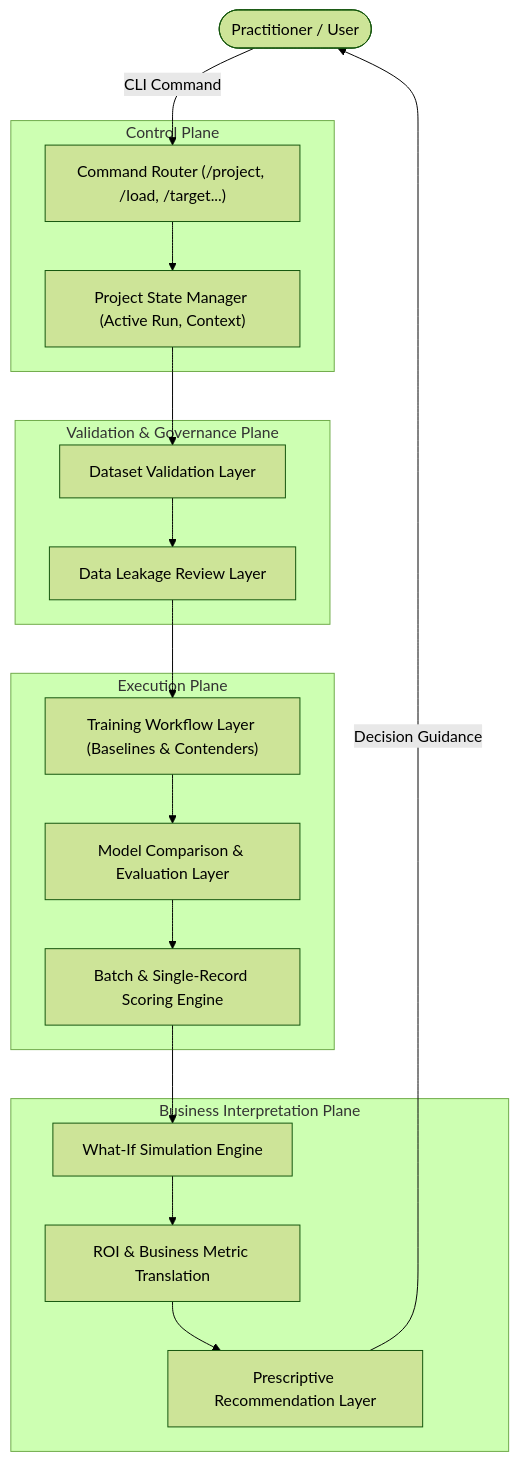
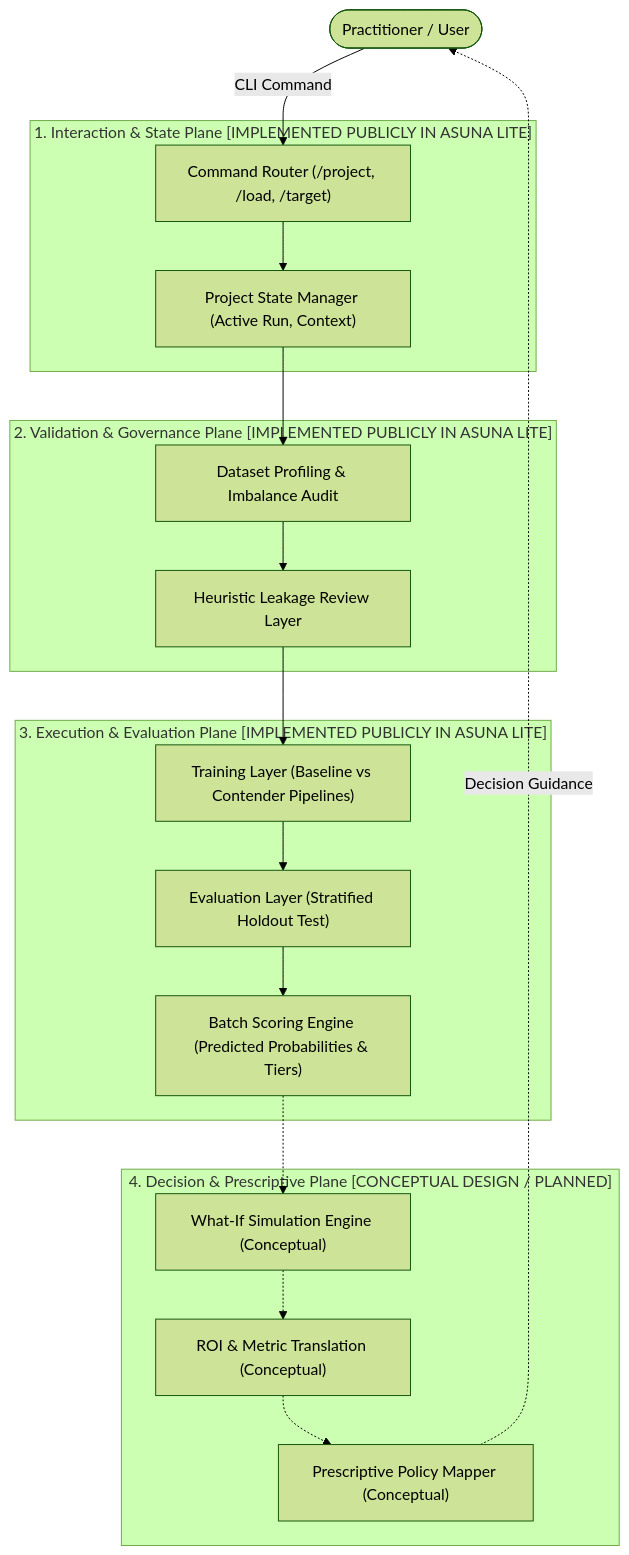
One commit to DanteBurbano27/asuna-ml-agent changed the diagram in docs/architecture.md. Above: the diagram before and after it, drawn with Mermaid (forest theme). The commit also changed other lines of this file and 6 other files, not shown here.

Commit message:
fix: align architecture claims with implementation, add numpy dependency and CI workflow

````diff
--- a/docs/architecture.md
+++ b/docs/architecture.md
@@ -9,38 +9,38 @@
 ```mermaid
 flowchart TD
     User([Practitioner / User])
     
-    subgraph ControlPlane["Control Plane"]
-        Router["Command Router (/project, /load, /target...)"]
+    subgraph Layer1["1. Interaction & State Plane [IMPLEMENTED PUBLICLY IN ASUNA LITE]"]
+        Router["Command Router (/project, /load, /target)"]
         StateMgr["Project State Manager (Active Run, Context)"]
     end
     
-    subgraph ValidationPlane["Validation & Governance Plane"]
-        DataVal["Dataset Validation Layer"]
-        LeakageCheck["Data Leakage Review Layer"]
+    subgraph Layer2["2. Validation & Governance Plane [IMPLEMENTED PUBLICLY IN ASUNA LITE]"]
+        DataVal["Dataset Profiling & Imbalance Audit"]
+        LeakageCheck["Heuristic Leakage Review Layer"]
     end
     
-    subgraph ExecutionPlane["Execution Plane"]
-        Trainer["Training Workflow Layer (Baselines & Contenders)"]
-        Comparator["Model Comparison & Evaluation Layer"]
-        Scorer["Batch & Single-Record Scoring Engine"]
+    subgraph Layer3["3. Execution & Evaluation Plane [IMPLEMENTED PUBLICLY IN ASUNA LITE]"]
+        Trainer["Training Layer (Baseline vs Contender Pipelines)"]
+        Comparator["Evaluation Layer (Stratified Holdout Test)"]
+        Scorer["Batch Scoring Engine (Predicted Probabilities & Tiers)"]
     end
     
-    subgraph BusinessPlane["Business Interpretation Plane"]
-        WhatIf["What-If Simulation Engine"]
-        ROI["ROI & Business Metric Translation"]
-        Prescriber["Prescriptive Recommendation Layer"]
+    subgraph Layer4["4. Decision & Prescriptive Plane [CONCEPTUAL DESIGN / PLANNED]"]
+        WhatIf["What-If Simulation Engine (Conceptual)"]
+        ROI["ROI & Metric Translation (Conceptual)"]
+        Prescriber["Prescriptive Policy Mapper (Conceptual)"]
     end
 
     User -->|CLI Command| Router
     Router --> StateMgr
     StateMgr --> DataVal
     DataVal --> LeakageCheck
     LeakageCheck --> Trainer
     Trainer --> Comparator
     Comparator --> Scorer
-    Scorer --> WhatIf
-    WhatIf --> ROI
-    ROI --> Prescriber
-    Prescriber -->|Decision Guidance| User
+    Scorer -.-> WhatIf
+    WhatIf -.-> ROI
+    ROI -.-> Prescriber
+    Prescriber -.->|Decision Guidance| User
 ```
````
